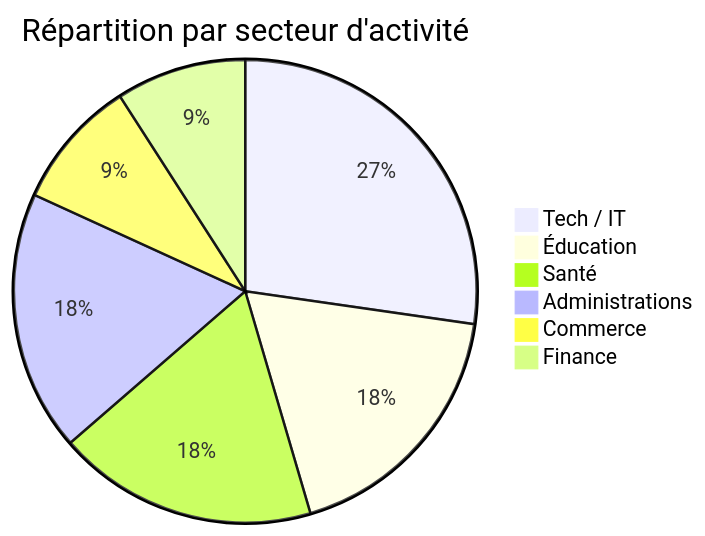
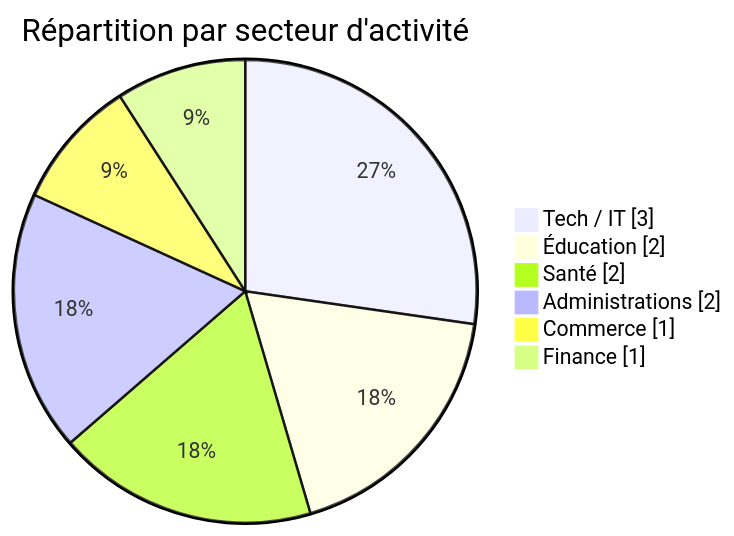
Before and after one commit to Hatchepsoute/AFRINTEL: the second of 7 diagrams in CyberAttackAfrica/2025/03-march/README_FR.md, drawn with Mermaid. The commit also changed other lines of this file and 182 other files, not shown here.

````diff
--- a/CyberAttackAfrica/2025/03-march/README_FR.md
+++ b/CyberAttackAfrica/2025/03-march/README_FR.md
@@ -57,9 +61,10 @@
 ```mermaid
-pie title Répartition par secteur d'activité
+pie showData
+    title Répartition par secteur d'activité
     "Tech / IT" : 3
     "Éducation" : 2
     "Santé" : 2
     "Administrations" : 2
     "Commerce" : 1
     "Finance" : 1
 ```
````
